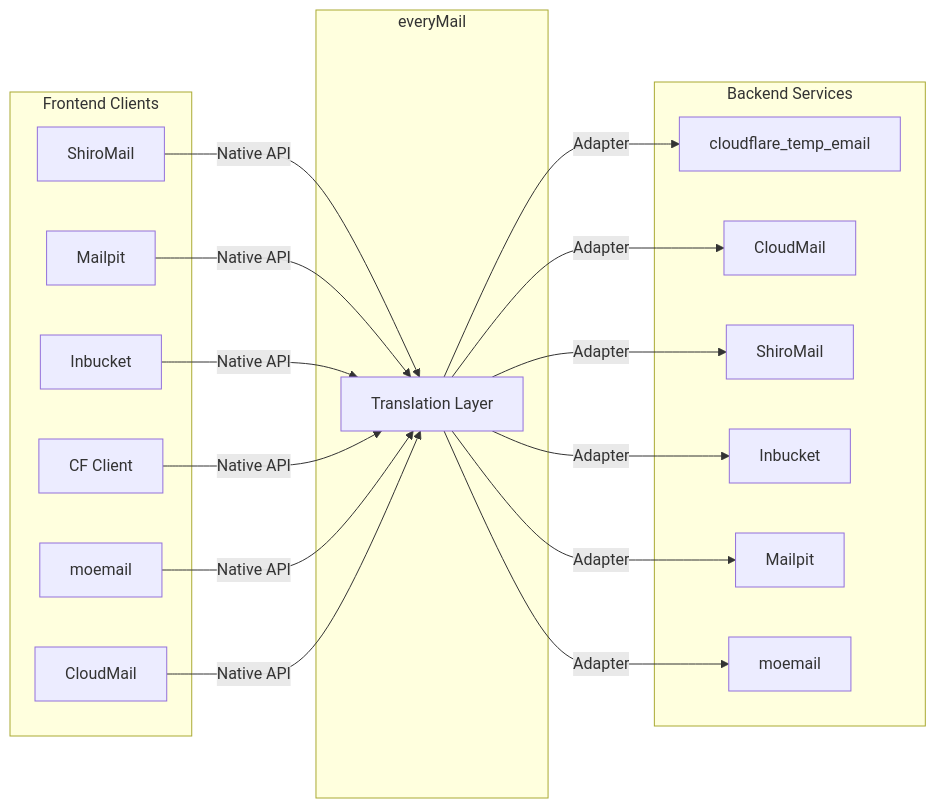
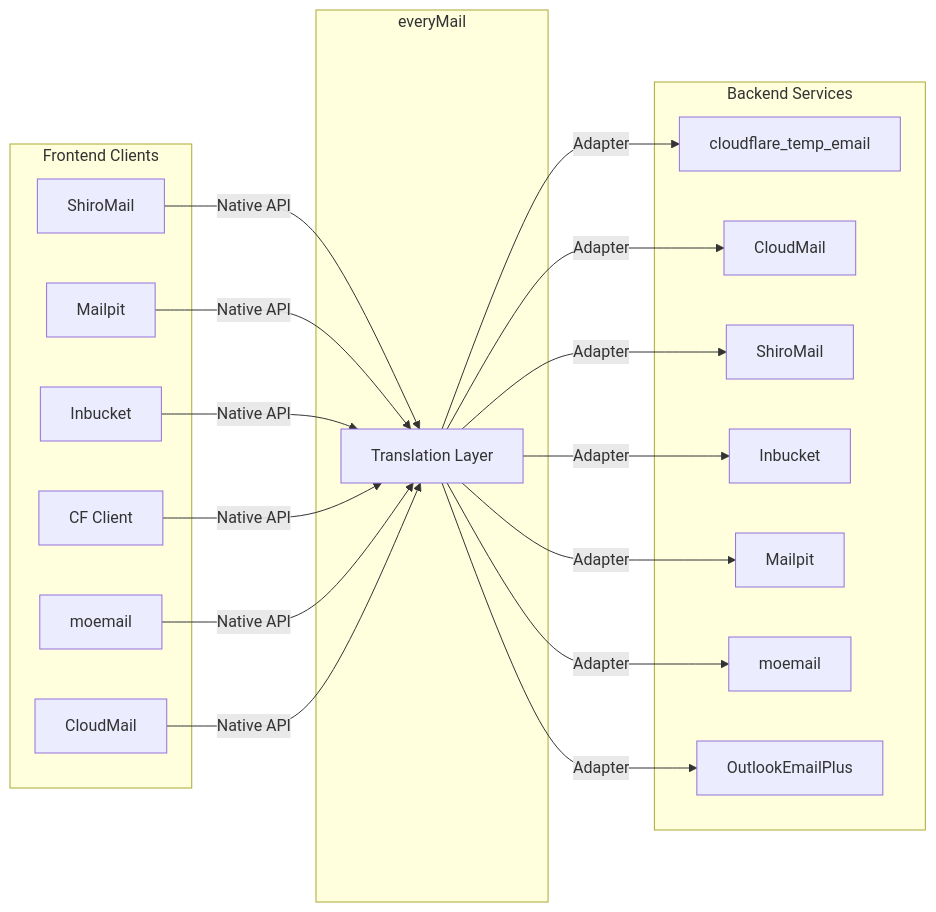
Before and after one commit to WangChuDi/everyMail: the first of 3 diagrams in README.en.md, drawn with Mermaid. The commit also changed other lines of this file and 2 other files, not shown here.

First line of the commit message:
docs: document OutlookEmailPlus backend configuration

````diff
--- a/README.en.md
+++ b/README.en.md
@@ -11,27 +11,28 @@
 ```mermaid
 graph LR
     subgraph Frontend Clients
         A[ShiroMail]
         B[Mailpit]
         C[Inbucket]
         D[CF Client]
         E[moemail]
         F[CloudMail]
     end
 
     subgraph everyMail
         G[Translation Layer]
     end
 
     subgraph Backend Services
         H[cloudflare_temp_email]
         I[CloudMail]
         J[ShiroMail]
         K[Inbucket]
         L[Mailpit]
         M[moemail]
+        N[OutlookEmailPlus]
     end
 
     A & B & C & D & E & F -->|Native API| G
-    G -->|Adapter| H & I & J & K & L & M
+    G -->|Adapter| H & I & J & K & L & M & N
 ```
````
